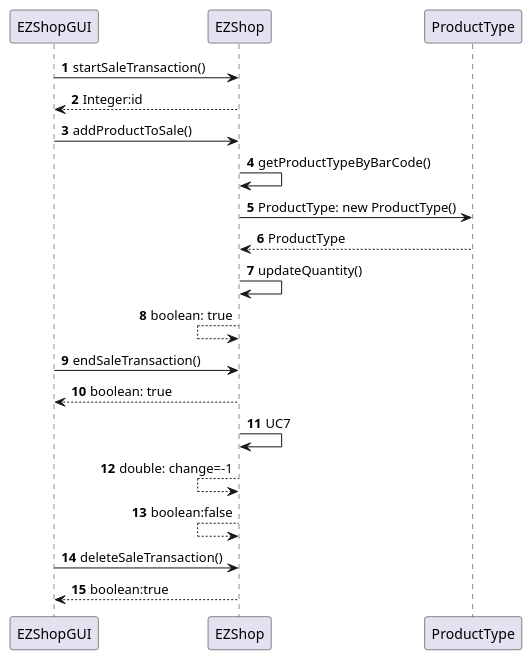
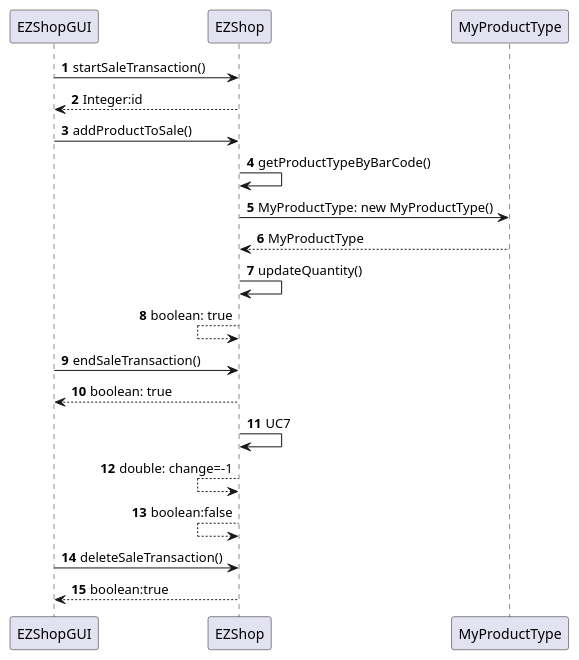
Diagram 18 of 22 in Deliverables/DesignDocument.md (mkexc/ezshop), drawn with PlantUML before and after one commit. The commit also changed other lines of this file and 160 other files, not shown here.

````diff
--- a/Deliverables/DesignDocument.md
+++ b/Deliverables/DesignDocument.md
@@ -462,20 +454,20 @@
 ```plantuml
 @startuml
 autonumber
 EZShopGUI -> EZShop : startSaleTransaction()
 EZShopGUI <-- EZShop : Integer:id 
 EZShopGUI -> EZShop : addProductToSale()
 EZShop -> EZShop : getProductTypeByBarCode()
-EZShop -> ProductType : ProductType: new ProductType()
-EZShop <-- ProductType : ProductType
+EZShop -> MyProductType : MyProductType: new MyProductType()
+EZShop <-- MyProductType : MyProductType
 EZShop -> EZShop : updateQuantity()
 EZShop <-- EZShop : boolean: true
 EZShopGUI -> EZShop : endSaleTransaction() 
 EZShopGUI <-- EZShop : boolean: true
 EZShop -> EZShop : UC7
 EZShop <-- EZShop : double: change=-1
 EZShop <-- EZShop : boolean:false
 EZShopGUI -> EZShop : deleteSaleTransaction()
 EZShopGUI <-- EZShop : boolean:true
 @enduml
 ```
````
